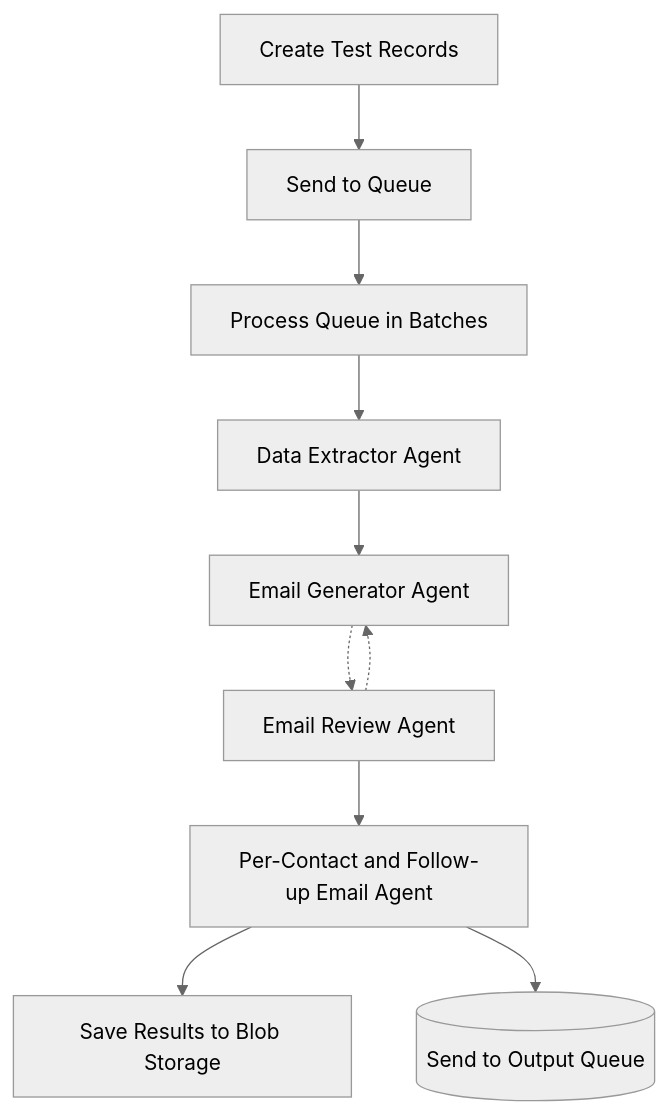
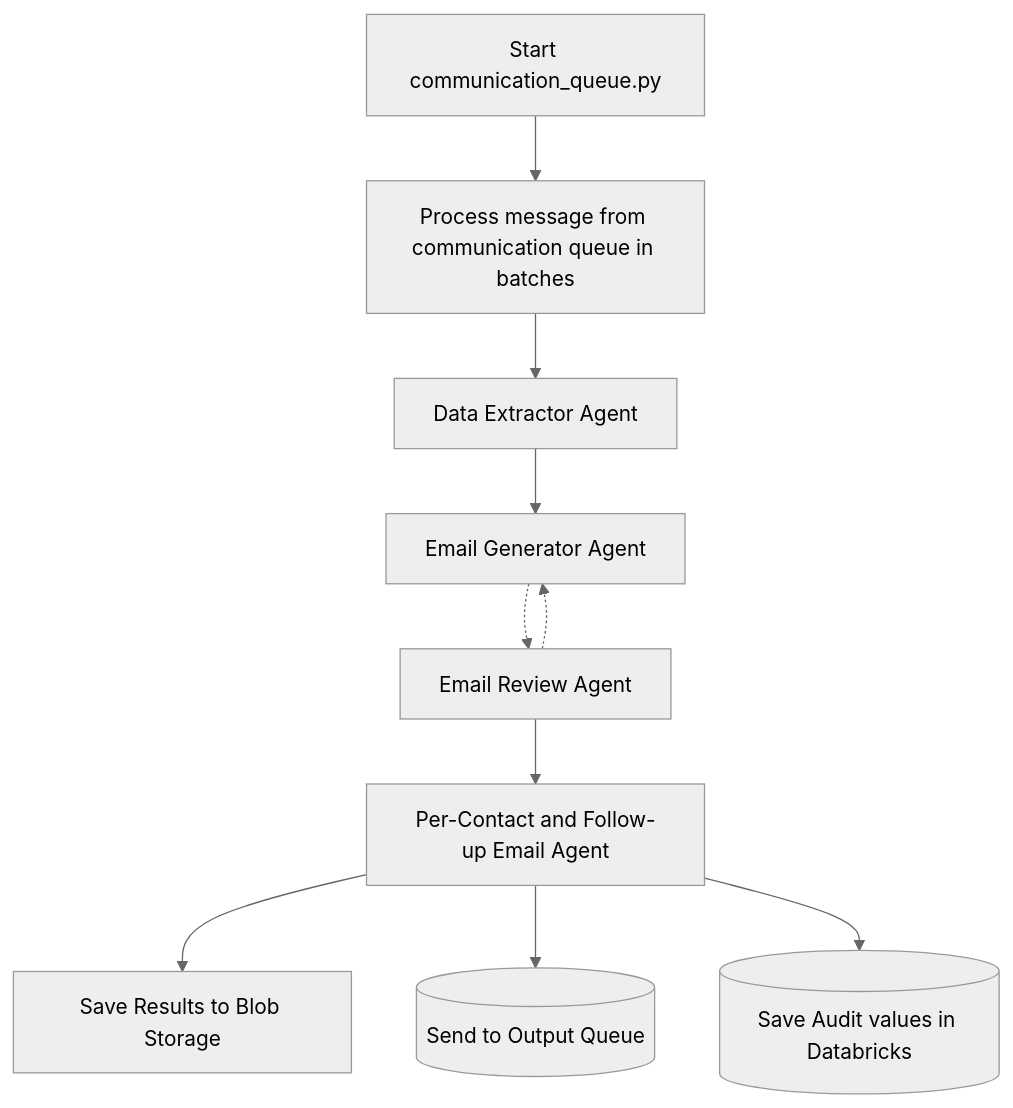
One commit to pooja109/agent-system-architecture changed the diagram in agents/communication/README.md. Above: the diagram before and after it, drawn with Mermaid (neutral theme). The commit also changed 6 other files, not shown here.

Commit message:
changes to save audit entry to dbx after email generation

````diff
--- a/agents/communication/README.md
+++ b/agents/communication/README.md
@@ -52,12 +52,12 @@
 ```mermaid
 flowchart TD
-    A[Create Test Records] --> B[Send to Queue]
-    B --> C[Process Queue in Batches]
+    B[Start communication_queue.py] --> C[Process message from communication queue in batches]
     C --> D[Data Extractor Agent]
     D --> E[Email Generator Agent]
     E -.-> F[Email Review Agent]
     F -.-> E
     F --> G[Per-Contact and Follow-up Email Agent]
     G --> H[Save Results to Blob Storage]
     G --> I[(Send to Output Queue)]
+    G --> J[(Save Audit values in Databricks)]
 ```
````
